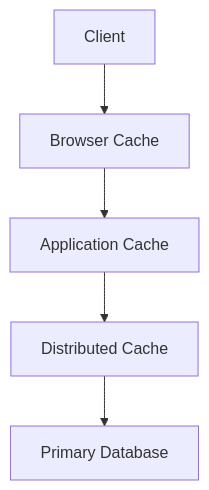
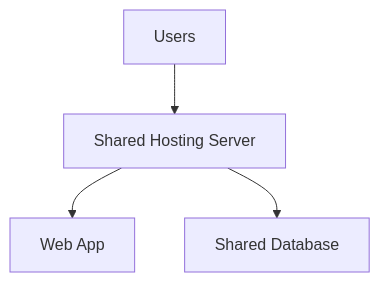
Before and after one commit to quesiblaq442-del/architecture-diagram: diagram 11 of 26 in ARCHITECTURE.md, drawn with Mermaid. The commit also changed other lines of this file, not shown here.

Commit message:
Refresh the architecture document for a more polished, eye-catching overview

````diff
--- a/ARCHITECTURE.md
+++ b/ARCHITECTURE.md
@@ -290,7 +307,6 @@
 ```mermaid
 graph TB
-    Client["Client"] --> Browser["Browser Cache"]
-    Browser --> App["Application Cache"]
-    App --> Redis["Distributed Cache"]
-    Redis --> DB["Primary Database"]
+    Users["Users"] --> Shared["Shared Hosting Server"]
+    Shared --> App["Web App"]
+    Shared --> DB["Shared Database"]
 ```
````
